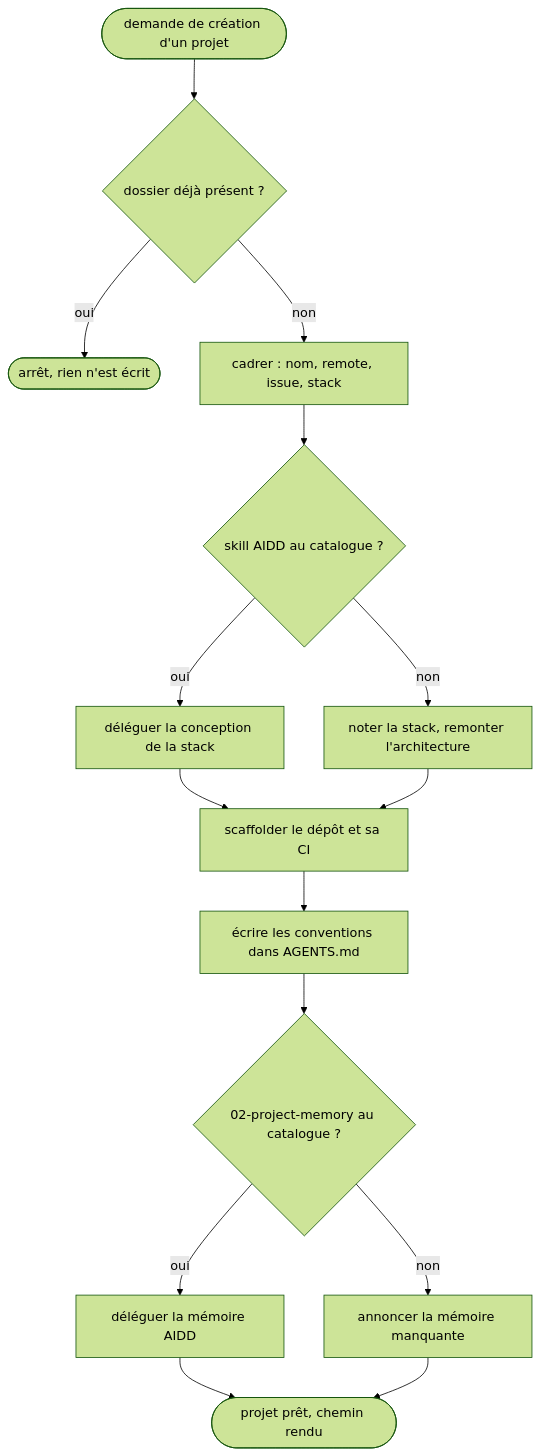
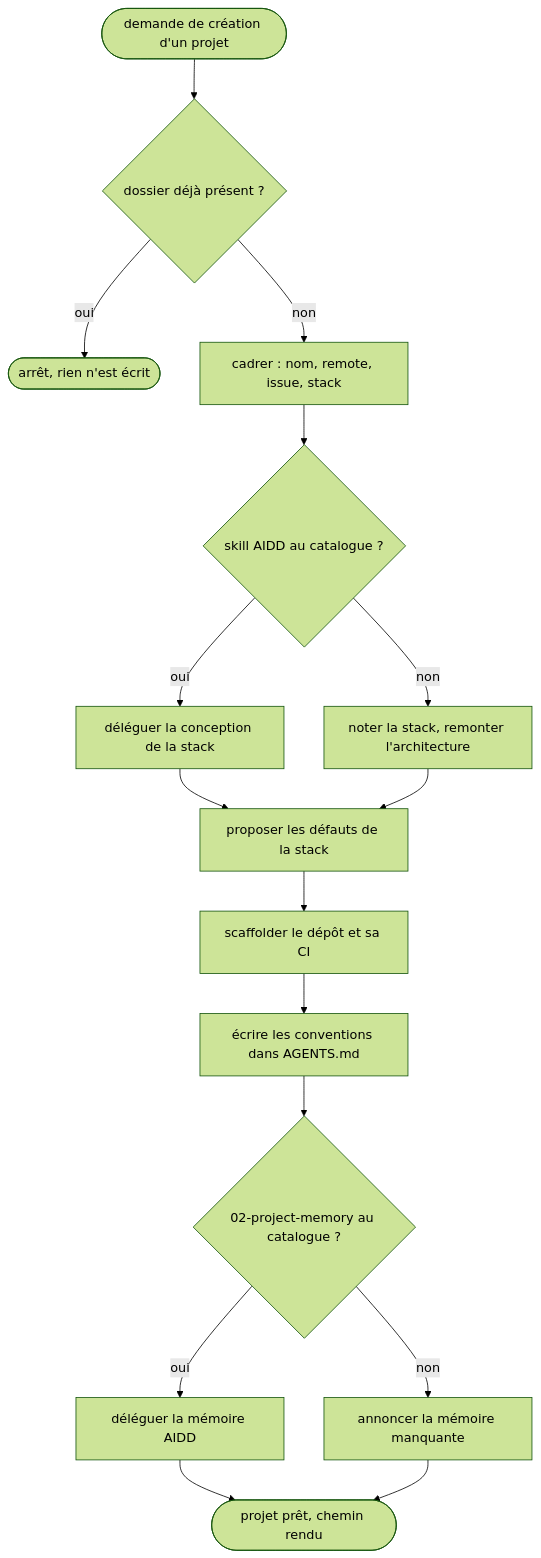
The diagram in skills/dev-init-project/SKILL.md (kevpdev/agent-config), drawn with Mermaid (forest theme) before and after one commit. The commit also changed other lines of this file and 10 other files, not shown here.

````diff
--- a/skills/dev-init-project/SKILL.md
+++ b/skills/dev-init-project/SKILL.md
@@ -18,17 +18,18 @@
 ```mermaid
 flowchart TD
   entree(["demande de création d'un projet"]) --> garde{dossier déjà présent ?}
   garde -->|oui| arret([arrêt, rien n'est écrit])
   garde -->|non| cadre[cadrer : nom, remote, issue, stack]
   cadre --> design{skill AIDD au catalogue ?}
   design -->|oui| bootstrap[déléguer la conception de la stack]
   design -->|non| note[noter la stack, remonter l'architecture]
-  bootstrap --> scaffold[scaffolder le dépôt et sa CI]
-  note --> scaffold
+  bootstrap --> defauts[proposer les défauts de la stack]
+  note --> defauts
+  defauts --> scaffold[scaffolder le dépôt et sa CI]
   scaffold --> conv[écrire les conventions dans AGENTS.md]
   conv --> memoire{02-project-memory au catalogue ?}
   memoire -->|oui| mem[déléguer la mémoire AIDD]
   memoire -->|non| absent[annoncer la mémoire manquante]
   mem --> fin([projet prêt, chemin rendu])
   absent --> fin
 ```
````
